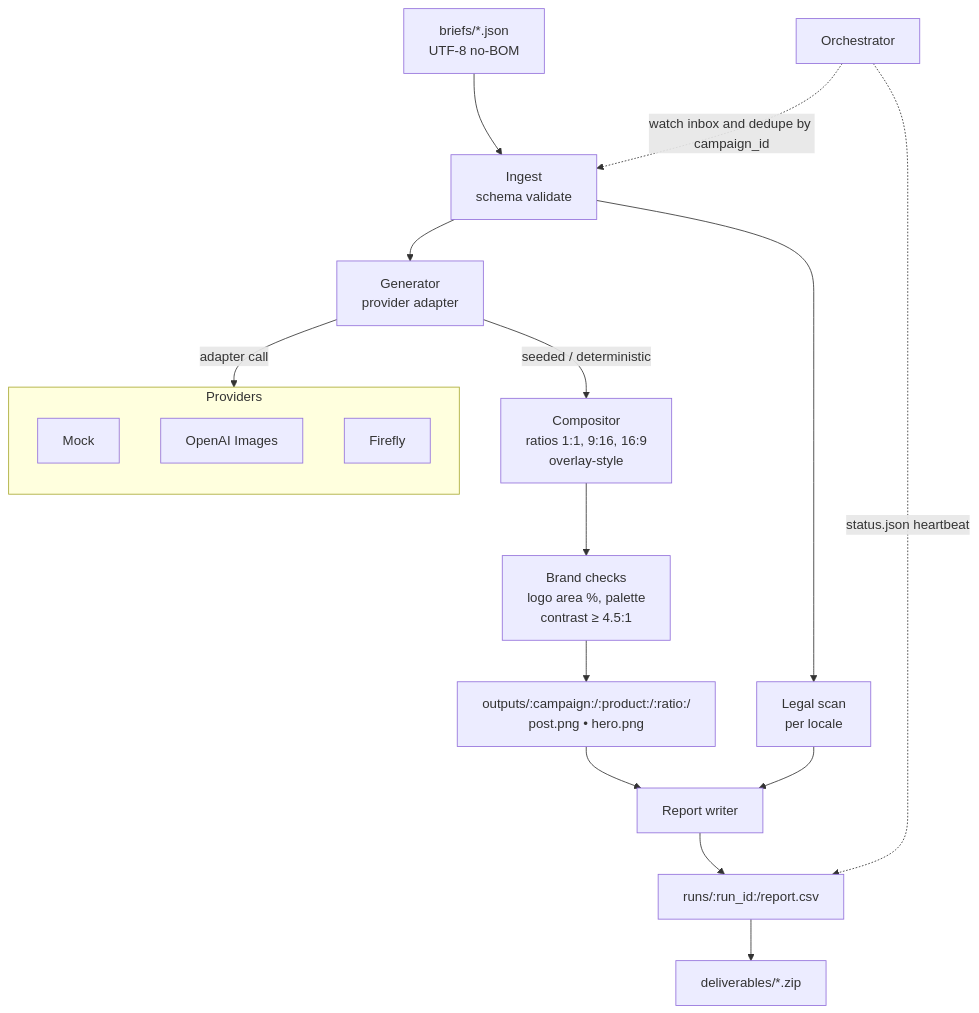
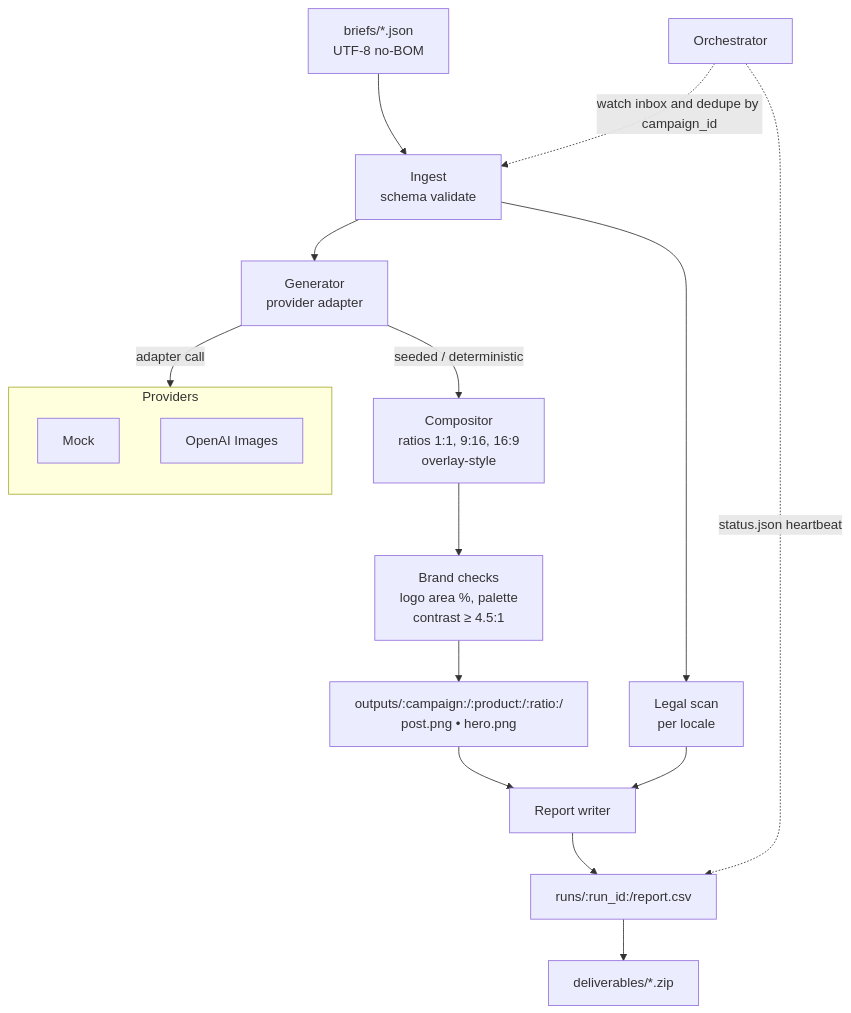
The diagram in README.md (aurelius-in/Adobe), drawn with Mermaid before and after one commit. The commit also changed other lines of this file, not shown here.

````diff
--- a/README.md
+++ b/README.md
@@ -94,33 +93,32 @@
 ```mermaid
 flowchart TB
   %% ------- Main flow (top -> bottom) -------
   Briefs[briefs/*.json<br/>UTF-8 no-BOM]
   Ingest[Ingest<br/>schema validate]
   Generator[Generator<br/>provider adapter]
   Compositor[Compositor<br/>ratios 1:1, 9:16, 16:9<br/>overlay-style]
   Compliance[Brand checks<br/>logo area %, palette<br/>contrast ≥ 4.5:1]
   Outputs[outputs/:campaign:/:product:/:ratio:/<br/>post.png • hero.png]
   Report[Report writer]
   Runs[runs/:run_id:/report.csv]
   Deliverables[deliverables/*.zip]
 
   Briefs --> Ingest --> Generator -->|seeded / deterministic| Compositor --> Compliance --> Outputs --> Report --> Runs --> Deliverables
 
   %% ------- Side branches -------
   Legal[Legal scan<br/>per locale]
   Ingest --> Legal --> Report
 
   %% ------- Providers (stacked) -------
   subgraph Providers
     direction TB
     Mock[Mock]
     OpenAI[OpenAI Images]
-    Firefly[Firefly]
   end
   Generator -->|adapter call| Providers
 
   %% ------- Orchestrator control (dashed) -------
   Orchestrator[Orchestrator]
   Orchestrator -.->|watch inbox and dedupe by campaign_id| Ingest
   Orchestrator -.->|status.json heartbeat| Runs
 ```
````
